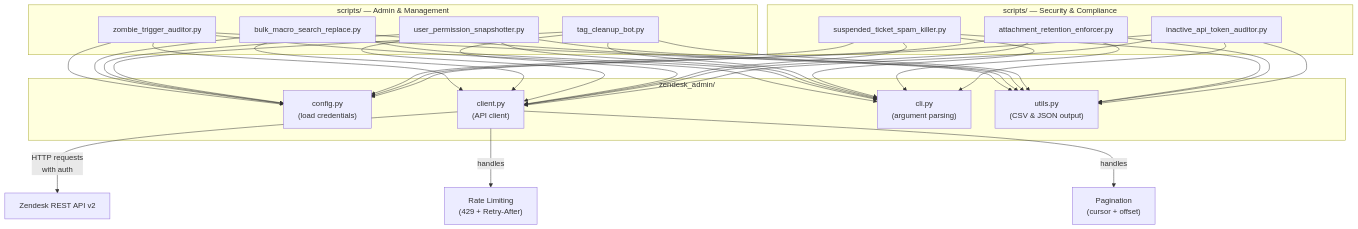
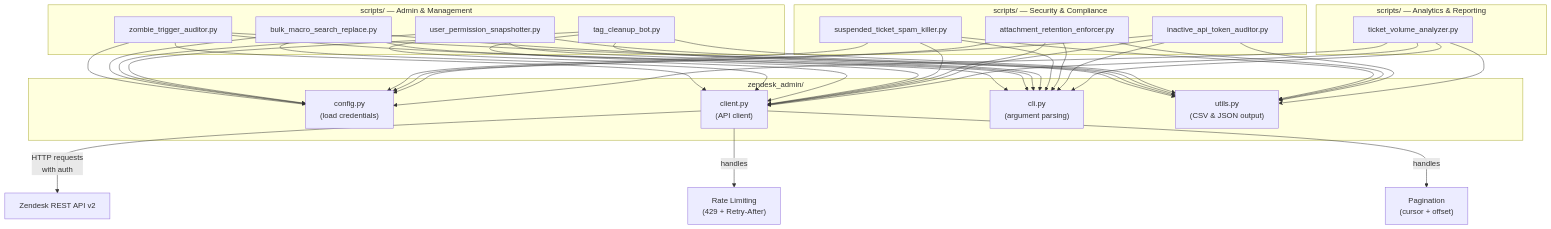
Before and after one commit to mohdasim/Zendesk-Admin-Management-Scripts: the first of 10 diagrams in README.md, drawn with Mermaid. The commit also changed other lines of this file and 3 other files, not shown here.

First line of the commit message:
Add Ticket Volume Analyzer with PDF report and CSV export

````diff
--- a/README.md
+++ b/README.md
@@ -30,29 +36,34 @@
 ```mermaid
 graph TD
     subgraph "scripts/ — Admin & Management"
         A[zombie_trigger_auditor.py]
         B[bulk_macro_search_replace.py]
         C[user_permission_snapshotter.py]
         D[tag_cleanup_bot.py]
     end
 
     subgraph "scripts/ — Security & Compliance"
         S1[suspended_ticket_spam_killer.py]
         S2[attachment_retention_enforcer.py]
         S3[inactive_api_token_auditor.py]
     end
 
+    subgraph "scripts/ — Analytics & Reporting"
+        R1[ticket_volume_analyzer.py]
+    end
+
     subgraph "zendesk_admin/"
         F["config.py<br/>(load credentials)"]
         G["client.py<br/>(API client)"]
         H["cli.py<br/>(argument parsing)"]
         I["utils.py<br/>(CSV & JSON output)"]
     end
 
     A & B & C & D --> F & G & H & I
     S1 & S2 & S3 --> F & G & H & I
+    R1 --> F & G & H & I
 
     G -->|"HTTP requests<br/>with auth"| J[Zendesk REST API v2]
     G -->|"handles"| K["Rate Limiting<br/>(429 + Retry-After)"]
     G -->|"handles"| L["Pagination<br/>(cursor + offset)"]
 ```
````
